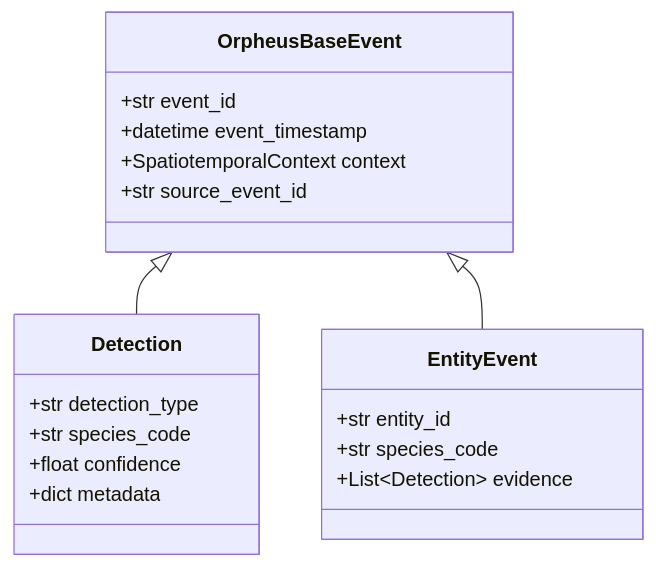
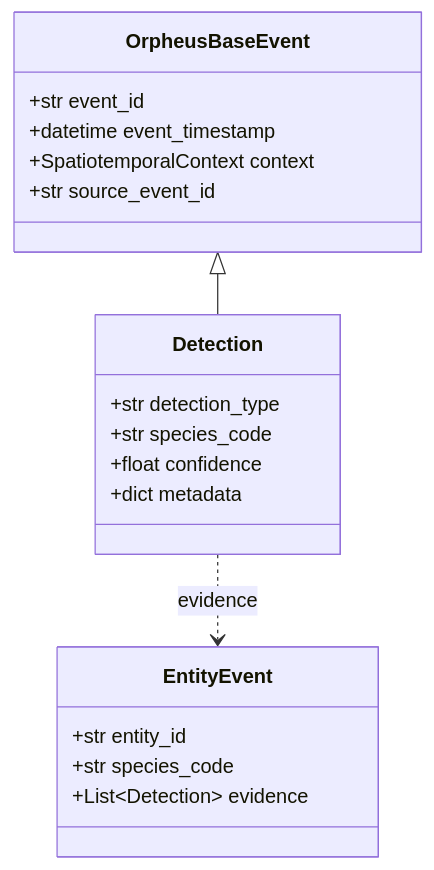
One commit to scottchronicity/orpheus changed the diagram in docs/adr/0006-event-hierarchy-and-taxonomy.md. Above: the diagram before and after it, drawn with Mermaid. The commit also changed other lines of this file and 624 other files, not shown here.

````diff
--- a/docs/adr/0006-event-hierarchy-and-taxonomy.md
+++ b/docs/adr/0006-event-hierarchy-and-taxonomy.md
@@ -37,22 +37,22 @@
 ```mermaid
 classDiagram
   class OrpheusBaseEvent {
       +str event_id
       +datetime event_timestamp
       +SpatiotemporalContext context
       +str source_event_id
   }
   class Detection {
       +str detection_type
       +str species_code
       +float confidence
       +dict metadata
   }
   class EntityEvent {
       +str entity_id
       +str species_code
       +List~Detection~ evidence
   }
   OrpheusBaseEvent <|-- Detection
-  OrpheusBaseEvent <|-- EntityEvent
+  Detection ..> EntityEvent : evidence
 ```
````
